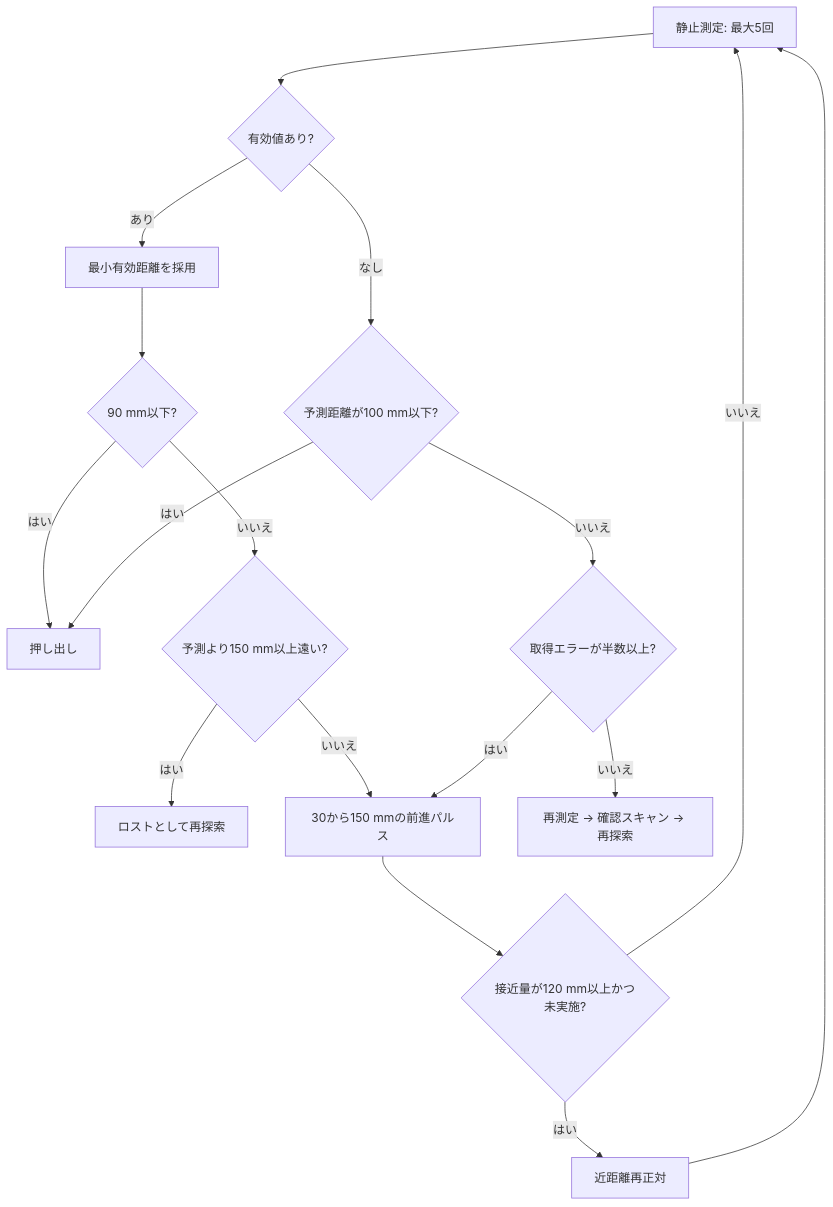
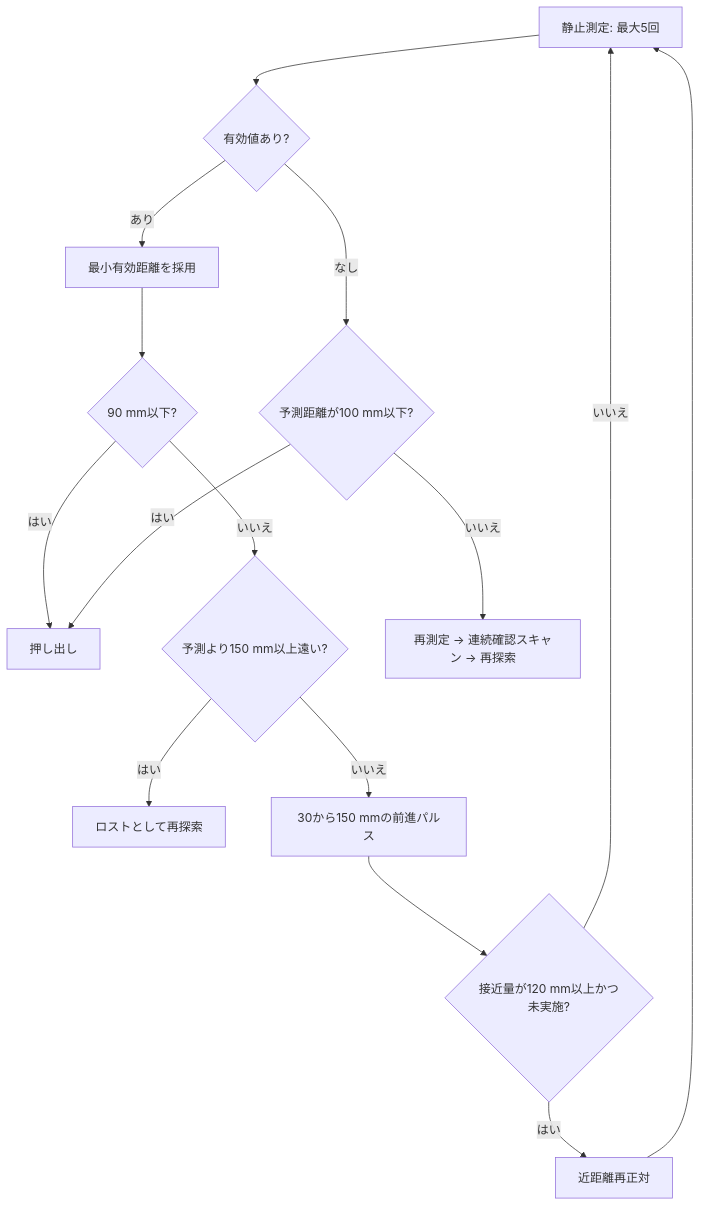
The second of 2 diagrams in docs/UltrasonicAlignTracer.md (AnimatoAJS-RCT/EtRobocon2026), drawn with Mermaid before and after one commit. The commit also changed other lines of this file and 4 other files, not shown here.

````diff
--- a/docs/UltrasonicAlignTracer.md
+++ b/docs/UltrasonicAlignTracer.md
@@ -90,20 +99,18 @@
 ```mermaid
 flowchart TD
     A[静止測定: 最大5回] --> B{有効値あり?}
     B -- あり --> C[最小有効距離を採用]
     C --> D{90 mm以下?}
     D -- はい --> E[押し出し]
     D -- いいえ --> F{予測より150 mm以上遠い?}
     F -- はい --> G[ロストとして再探索]
     F -- いいえ --> H[30から150 mmの前進パルス]
     H --> I{接近量が120 mm以上かつ未実施?}
     I -- はい --> J[近距離再正対]
     I -- いいえ --> A
     J --> A
 
     B -- なし --> K{予測距離が100 mm以下?}
     K -- はい --> E
-    K -- いいえ --> L{取得エラーが半数以上?}
-    L -- はい --> H
-    L -- いいえ --> M[再測定 -> 確認スキャン -> 再探索]
+    K -- いいえ --> M[再測定 -> 連続確認スキャン -> 再探索]
 ```
````
